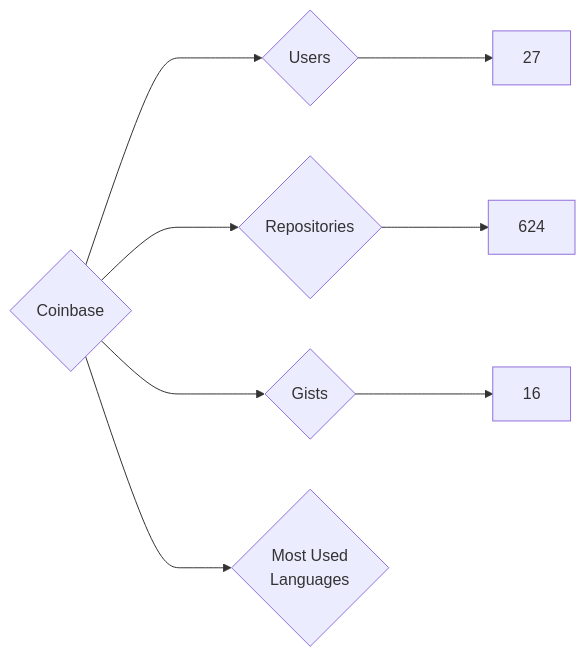
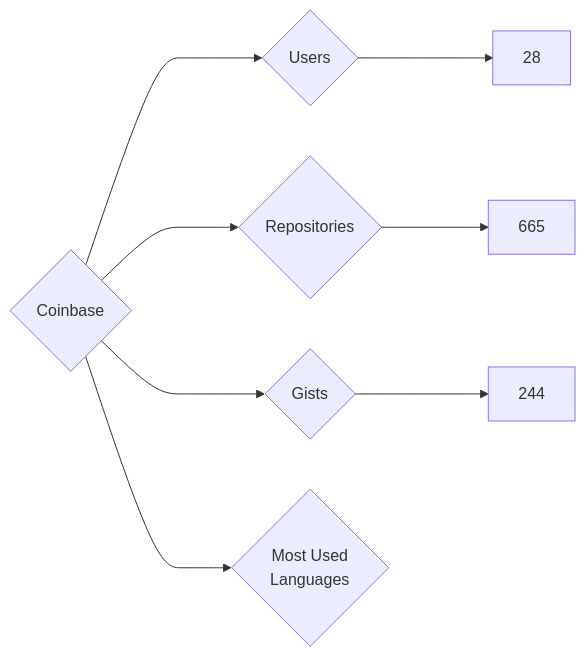
The diagram in targets/Coinbase/README.md (nenadzaric/insiders), drawn with Mermaid before and after one commit. The commit also changed 1342 other files, not shown here.

````diff
--- a/targets/Coinbase/README.md
+++ b/targets/Coinbase/README.md
@@ -3,8 +3,8 @@
 ```mermaid
 graph LR
 COMPANY_NAME{Coinbase}
-COMPANY_NAME ---> U{Users} ---> UN[27]
-COMPANY_NAME ---> R{Repositories} ---> RN[624]
-COMPANY_NAME ---> G{Gists} ---> GN[16]
+COMPANY_NAME ---> U{Users} ---> UN[28]
+COMPANY_NAME ---> R{Repositories} ---> RN[665]
+COMPANY_NAME ---> G{Gists} ---> GN[244]
 COMPANY_NAME ---> ML{Most Used<br>Languages}
 ```
````
